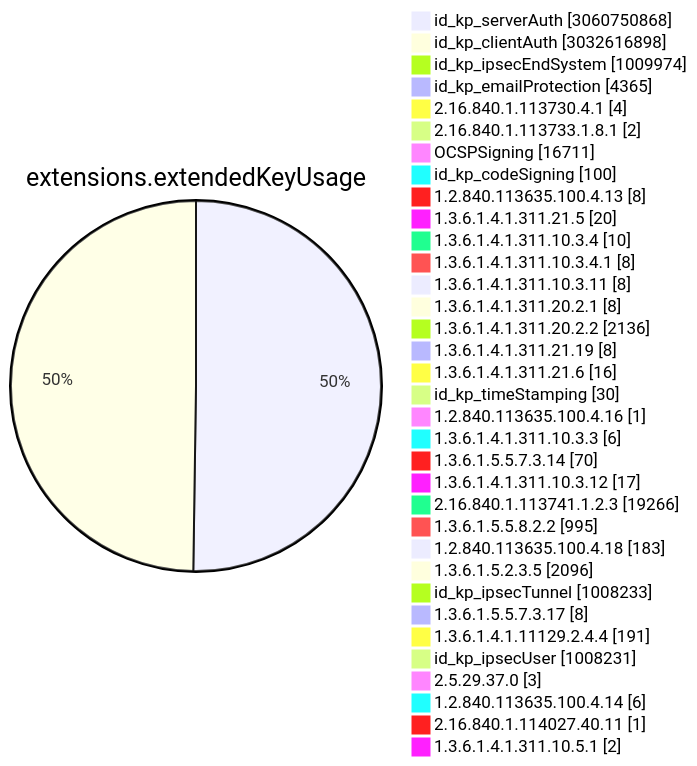
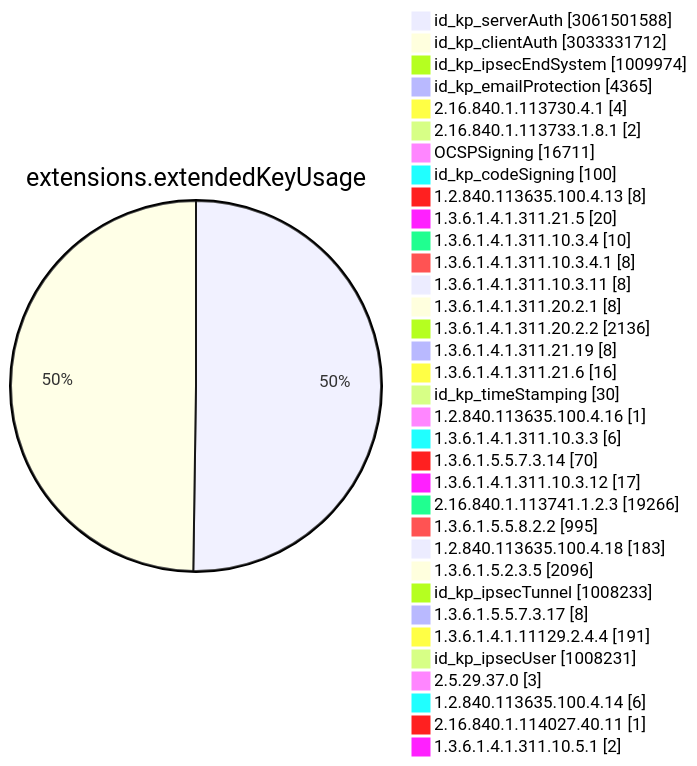
Diagram 11 of 15 in TOTAL/README.md (christiankrug/ctmonitor_visualization), drawn with Mermaid before and after one commit. The commit also changed other lines of this file, not shown here.

````diff
--- a/TOTAL/README.md
+++ b/TOTAL/README.md
@@ -4117,38 +4117,38 @@
 ```mermaid
 pie showData
 title extensions.extendedKeyUsage
-"id_kp_serverAuth" :3060750868
-"id_kp_clientAuth" :3032616898
+"id_kp_serverAuth" :3061501588
+"id_kp_clientAuth" :3033331712
 "id_kp_ipsecEndSystem" :1009974
 "id_kp_emailProtection" :4365
 "2.16.840.1.113730.4.1" :4
 "2.16.840.1.113733.1.8.1" :2
 "OCSPSigning" :16711
 "id_kp_codeSigning" :100
 "1.2.840.113635.100.4.13" :8
 "1.3.6.1.4.1.311.21.5" :20
 "1.3.6.1.4.1.311.10.3.4" :10
 "1.3.6.1.4.1.311.10.3.4.1" :8
 "1.3.6.1.4.1.311.10.3.11" :8
 "1.3.6.1.4.1.311.20.2.1" :8
 "1.3.6.1.4.1.311.20.2.2" :2136
 "1.3.6.1.4.1.311.21.19" :8
 "1.3.6.1.4.1.311.21.6" :16
 "id_kp_timeStamping" :30
 "1.2.840.113635.100.4.16" :1
 "1.3.6.1.4.1.311.10.3.3" :6
 "1.3.6.1.5.5.7.3.14" :70
 "1.3.6.1.4.1.311.10.3.12" :17
 "2.16.840.1.113741.1.2.3" :19266
 "1.3.6.1.5.5.8.2.2" :995
 "1.2.840.113635.100.4.18" :183
 "1.3.6.1.5.2.3.5" :2096
 "id_kp_ipsecTunnel" :1008233
 "1.3.6.1.5.5.7.3.17" :8
 "1.3.6.1.4.1.11129.2.4.4" :191
 "id_kp_ipsecUser" :1008231
 "2.5.29.37.0" :3
 "1.2.840.113635.100.4.14" :6
 "2.16.840.1.114027.40.11" :1
 "1.3.6.1.4.1.311.10.5.1" :2
 ```
````
